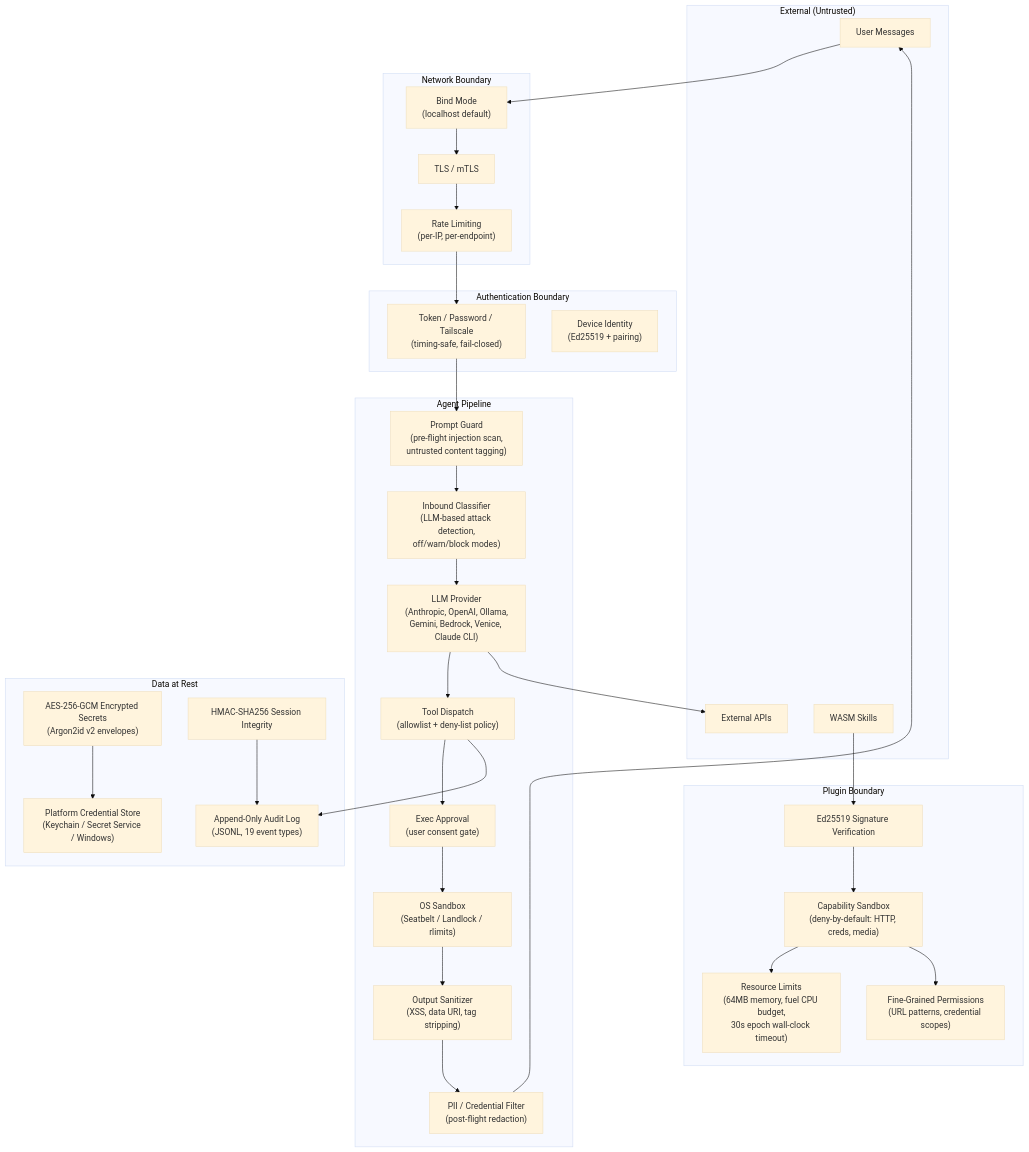
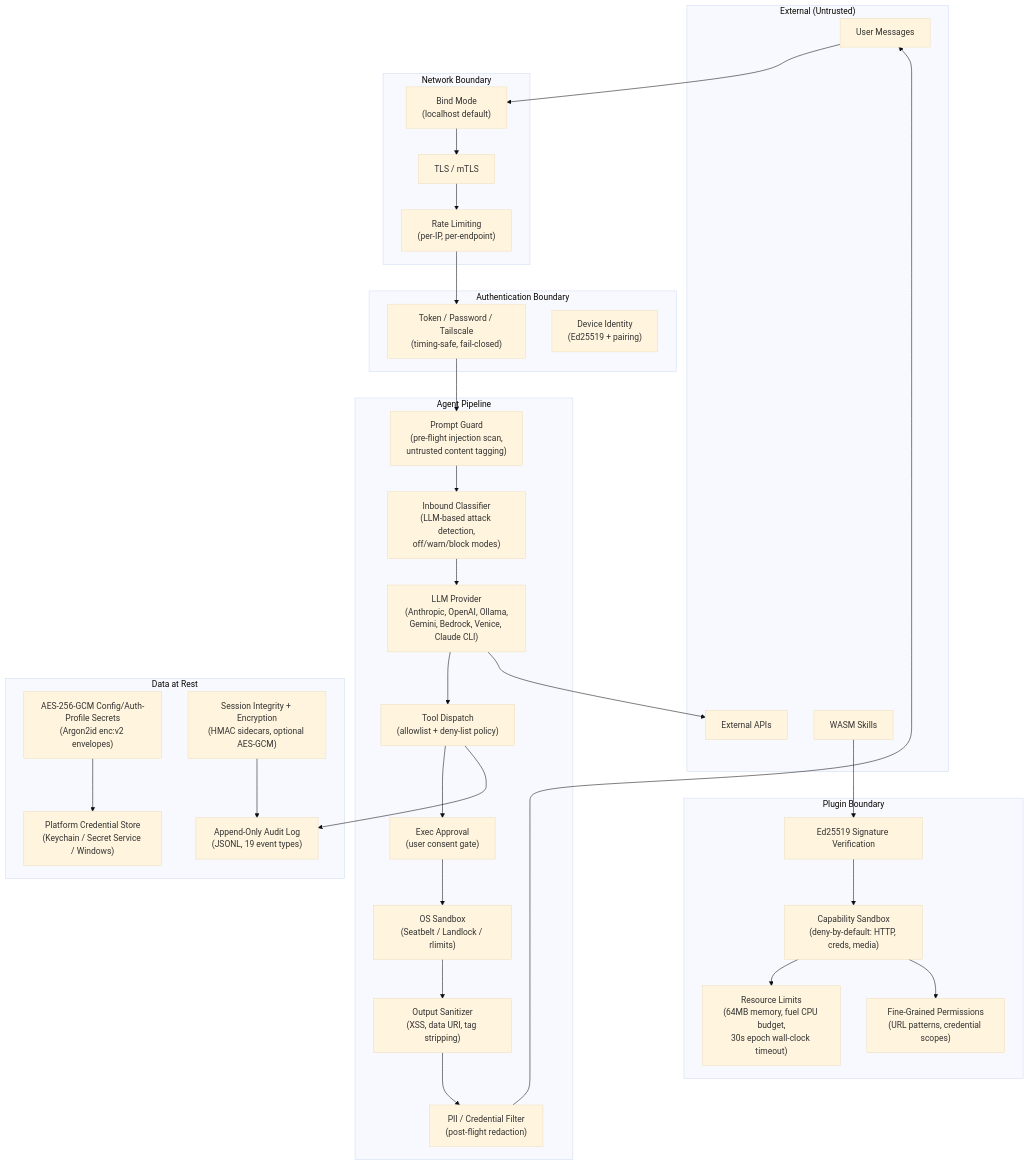
Before and after one commit to puremachinery/carapace: the diagram in docs/security.md, drawn with Mermaid (base theme). The commit also changed other lines of this file and 60 other files, not shown here.

````diff
--- a/docs/security.md
+++ b/docs/security.md
@@ -40,59 +40,59 @@
 ```mermaid
 graph TB
     subgraph "External (Untrusted)"
         User[User Messages]
         ExtAPI[External APIs]
         Skills[WASM Skills]
     end
 
     subgraph "Network Boundary"
         Bind["Bind Mode<br/>(localhost default)"]
         TLS["TLS / mTLS"]
         RateLimit["Rate Limiting<br/>(per-IP, per-endpoint)"]
     end
 
     subgraph "Authentication Boundary"
         Auth["Token / Password / Tailscale<br/>(timing-safe, fail-closed)"]
         DeviceAuth["Device Identity<br/>(Ed25519 + pairing)"]
     end
 
     subgraph "Agent Pipeline"
         PromptGuard["Prompt Guard<br/>(pre-flight injection scan,<br/>untrusted content tagging)"]
         Classifier["Inbound Classifier<br/>(LLM-based attack detection,<br/>off/warn/block modes)"]
         LLM["LLM Provider<br/>(Anthropic, OpenAI, Ollama,<br/>Gemini, Bedrock, Venice, Claude CLI)"]
         ToolDispatch["Tool Dispatch<br/>(allowlist + deny-list policy)"]
         ExecApproval["Exec Approval<br/>(user consent gate)"]
         Sandbox["OS Sandbox<br/>(Seatbelt / Landlock / rlimits)"]
         OutputCSP["Output Sanitizer<br/>(XSS, data URI, tag stripping)"]
         PIIFilter["PII / Credential Filter<br/>(post-flight redaction)"]
     end
 
     subgraph "Data at Rest"
-        Secrets["AES-256-GCM Encrypted Secrets<br/>(Argon2id v2 envelopes)"]
-        Sessions["HMAC-SHA256 Session Integrity"]
+        Secrets["AES-256-GCM Config/Auth-Profile Secrets<br/>(Argon2id enc:v2 envelopes)"]
+        Sessions["Session Integrity + Encryption<br/>(HMAC sidecars, optional AES-GCM)"]
         Audit["Append-Only Audit Log<br/>(JSONL, 19 event types)"]
         Keychain["Platform Credential Store<br/>(Keychain / Secret Service / Windows)"]
     end
 
     subgraph "Plugin Boundary"
         PluginSig["Ed25519 Signature Verification"]
         PluginCaps["Capability Sandbox<br/>(deny-by-default: HTTP, creds, media)"]
         PluginRes["Resource Limits<br/>(64MB memory, fuel CPU budget,<br/>30s epoch wall-clock timeout)"]
         PluginPerms["Fine-Grained Permissions<br/>(URL patterns, credential scopes)"]
     end
 
     User --> Bind --> TLS --> RateLimit --> Auth
     Auth --> PromptGuard --> Classifier --> LLM
     LLM --> ToolDispatch --> ExecApproval --> Sandbox
     Sandbox --> OutputCSP --> PIIFilter
     PIIFilter --> User
 
     LLM --> ExtAPI
     ToolDispatch --> Audit
 
     Skills --> PluginSig --> PluginCaps --> PluginRes
     PluginCaps --> PluginPerms
 
     Secrets --> Keychain
     Sessions --> Audit
 ```
````
